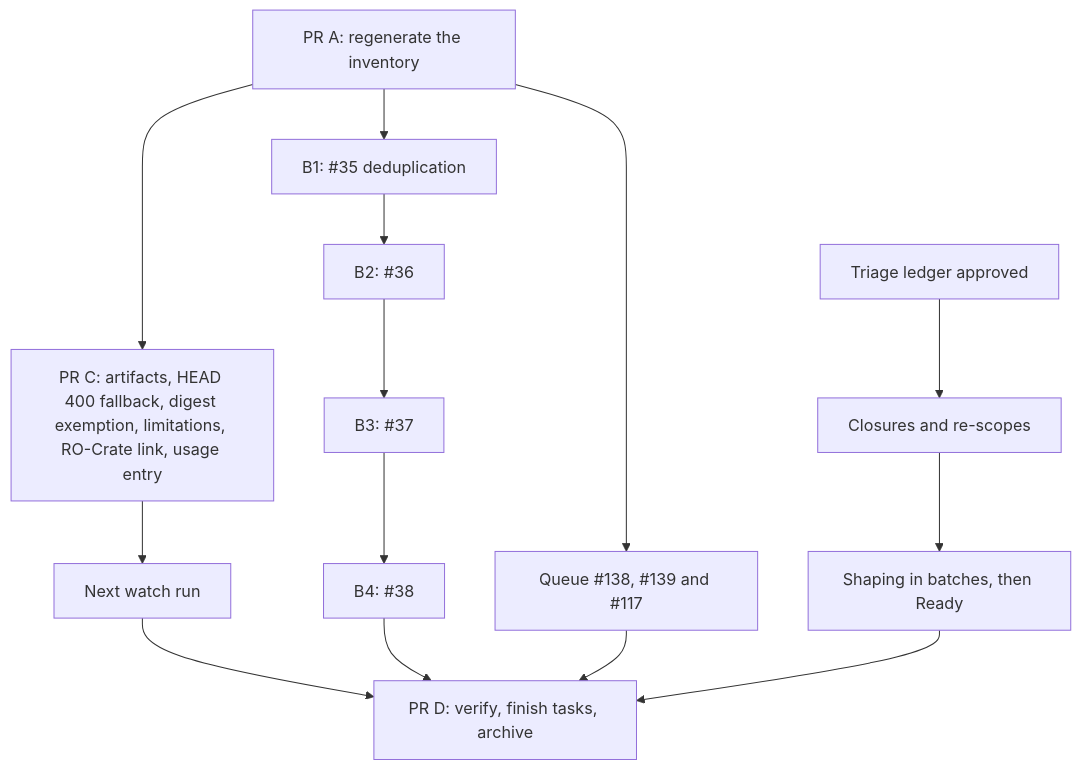
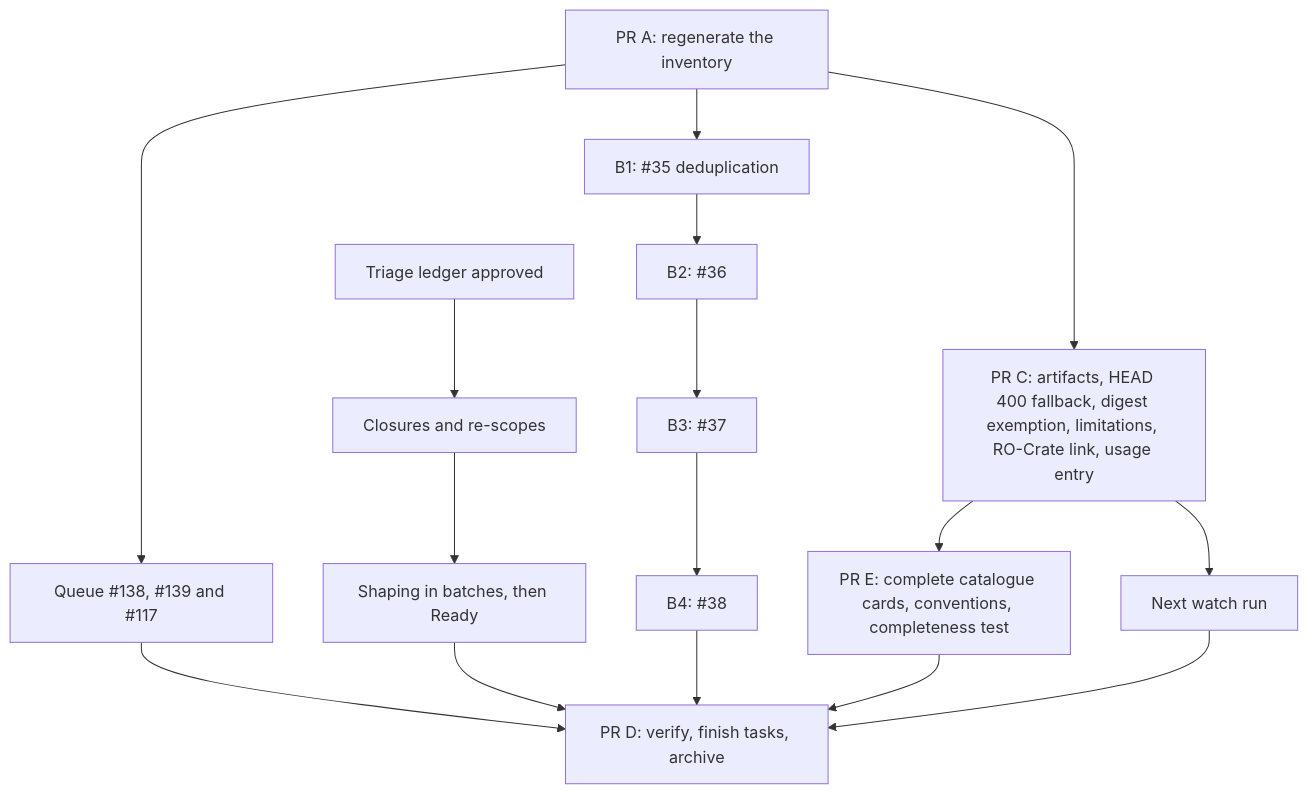
Before and after one commit to dsw-nrp/eosc-fair-guide: the diagram in openspec/changes/restore-main-and-triage-open-work/design.md, drawn with Mermaid. The commit also changed other lines of this file and 3 other files, not shown here.

First line of the commit message:
docs(openspec): add the complete catalogue to restore-main-and-triage-open-work

````diff
--- a/openspec/changes/restore-main-and-triage-open-work/design.md
+++ b/openspec/changes/restore-main-and-triage-open-work/design.md
@@ -60,15 +62,17 @@
 ```mermaid
 flowchart TD
   accTitle: Pull request and triage order for this change
-  accDescr: PR A restores main first. Then the bot pull requests are queued, the four rebuilt content pull requests merge in issue order, and PR C carries the change artifacts, the watch fix, the digest exemption and the digest fixes. Independently, the issue triage applies an approved ledger, first closures and re-scopes, then shaping. After the next watch run and the triage, PR D records verification and archives the change.
+  accDescr: PR A restores main first. Then the bot pull requests are queued, the four rebuilt content pull requests merge in issue order, and PR C carries the change artifacts, the watch fix, the digest exemption and the digest fixes. PR E follows PR C with the complete catalogue. Independently, the issue triage applies an approved ledger, first closures and re-scopes, then shaping. After the next watch run, the triage and PR E, PR D records verification and archives the change.
   A[PR A: regenerate the inventory] --> BOT[Queue #138, #139 and #117]
   A --> B1[B1: #35 deduplication]
   B1 --> B2[B2: #36] --> B3[B3: #37] --> B4[B4: #38]
   A --> C[PR C: artifacts, HEAD 400 fallback, digest exemption, limitations, RO-Crate link, usage entry]
+  C --> E[PR E: complete catalogue cards, conventions, completeness test]
   L[Triage ledger approved] --> T1[Closures and re-scopes] --> T2[Shaping in batches, then Ready]
   C --> W[Next watch run]
   W --> D[PR D: verify, finish tasks, archive]
   B4 --> D
   BOT --> D
   T2 --> D
+  E --> D
 ```
````
